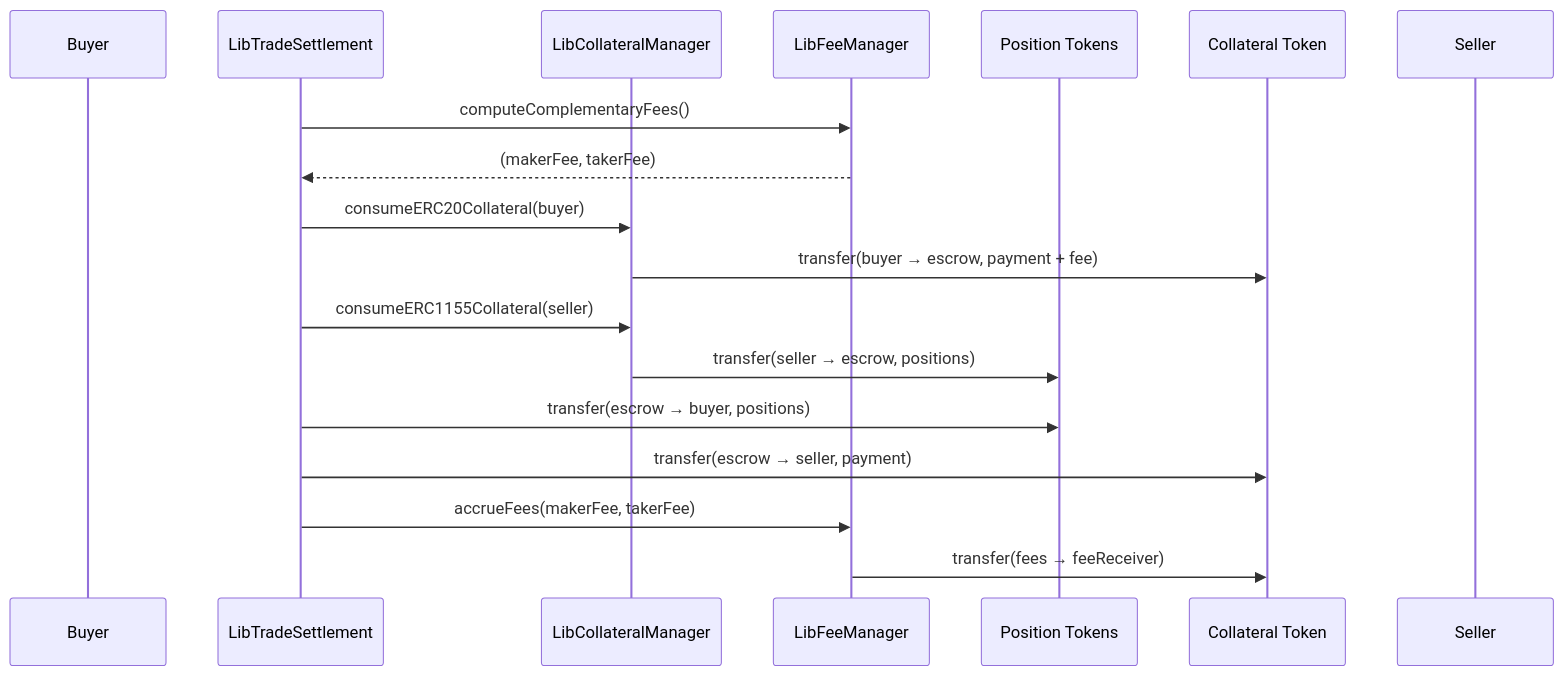
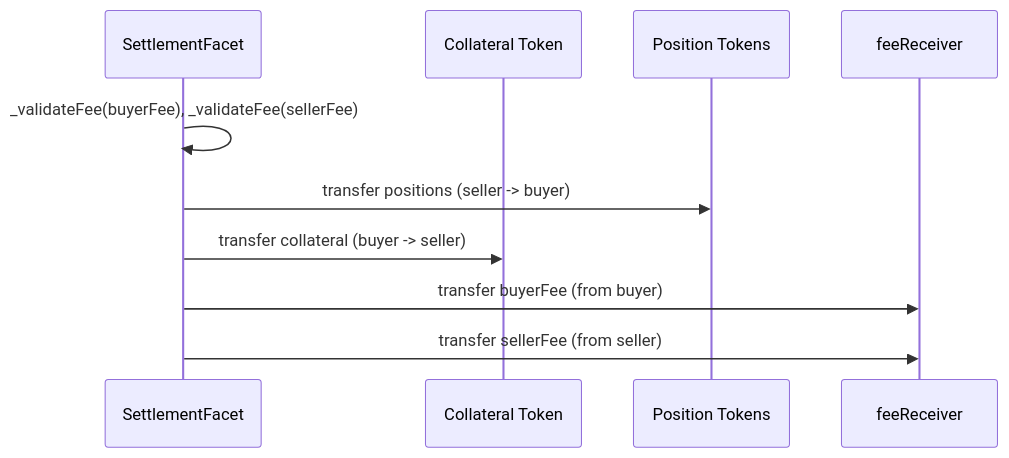
The second of 4 diagrams in docs/flows/SETTLEMENT_FLOW.md (Doefin/doefin-v2), drawn with Mermaid before and after one commit. The commit also changed other lines of this file and 8 other files, not shown here.

First line of the commit message:
docs: refresh architecture and flow docs for v3 contract state

````diff
--- a/docs/flows/SETTLEMENT_FLOW.md
+++ b/docs/flows/SETTLEMENT_FLOW.md
@@ -80,25 +86,13 @@
 ```mermaid
 sequenceDiagram
-    participant Buyer
-    participant Settlement as LibTradeSettlement
-    participant CollateralMgr as LibCollateralManager  
-    participant FeeManager as LibFeeManager
+    participant Settlement as SettlementFacet
+    participant ERC20 as Collateral Token
     participant ERC1155 as Position Tokens
-    participant ERC20 as Collateral Token
-    participant Seller
-    
-    Settlement->>FeeManager: computeComplementaryFees()
-    FeeManager-->>Settlement: (makerFee, takerFee)
-    
-    Settlement->>CollateralMgr: consumeERC20Collateral(buyer)
-    CollateralMgr->>ERC20: transfer(buyer → escrow, payment + fee)
-    
-    Settlement->>CollateralMgr: consumeERC1155Collateral(seller) 
-    CollateralMgr->>ERC1155: transfer(seller → escrow, positions)
-    
-    Settlement->>ERC1155: transfer(escrow → buyer, positions)
-    Settlement->>ERC20: transfer(escrow → seller, payment)
-    
-    Settlement->>FeeManager: accrueFees(makerFee, takerFee)
-    FeeManager->>ERC20: transfer(fees → feeReceiver)
+    participant Fee as feeReceiver
+
+    Settlement->>Settlement: _validateFee(buyerFee), _validateFee(sellerFee)
+    Settlement->>ERC1155: transfer positions (seller -> buyer)
+    Settlement->>ERC20: transfer collateral (buyer -> seller)
+    Settlement->>Fee: transfer buyerFee (from buyer)
+    Settlement->>Fee: transfer sellerFee (from seller)
 ```
````
